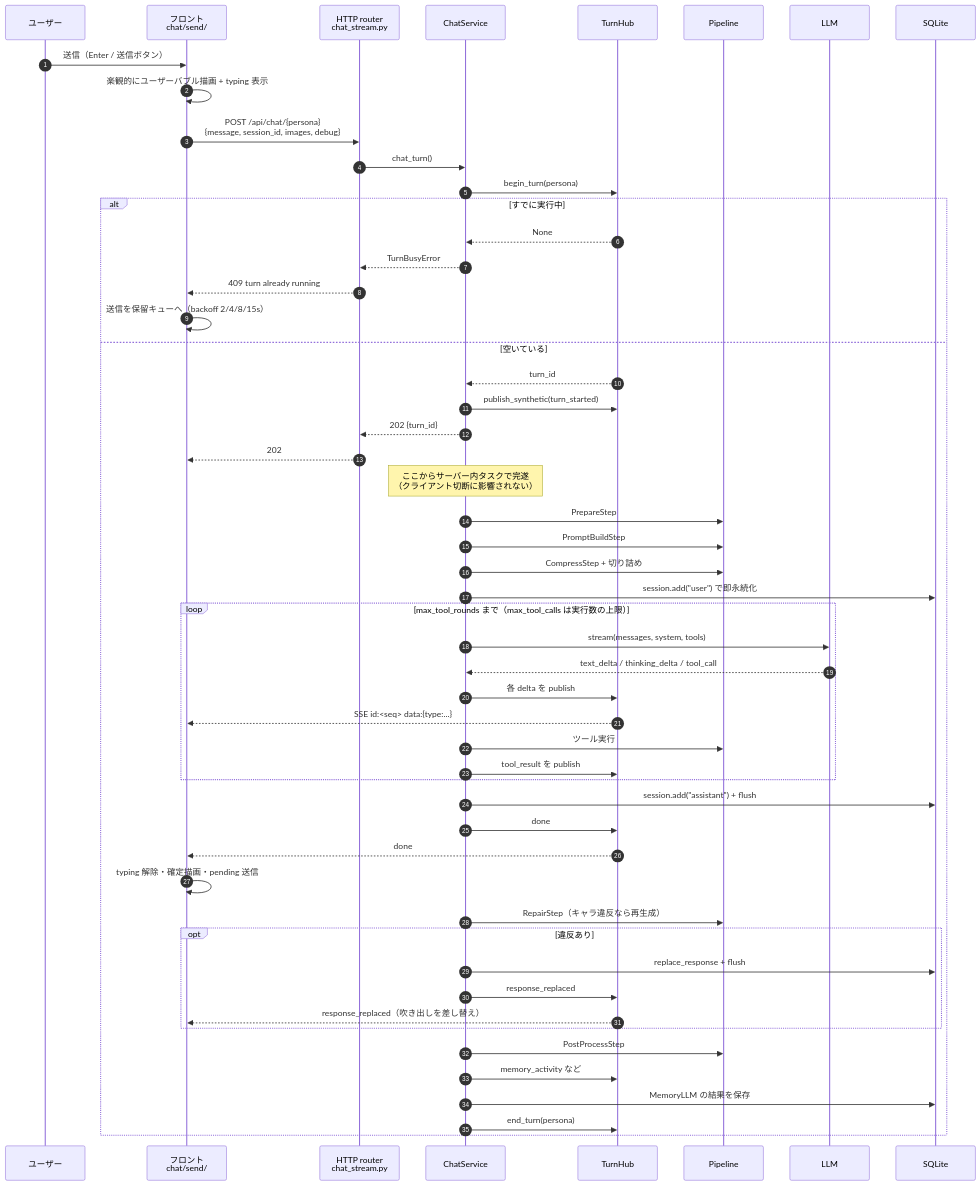
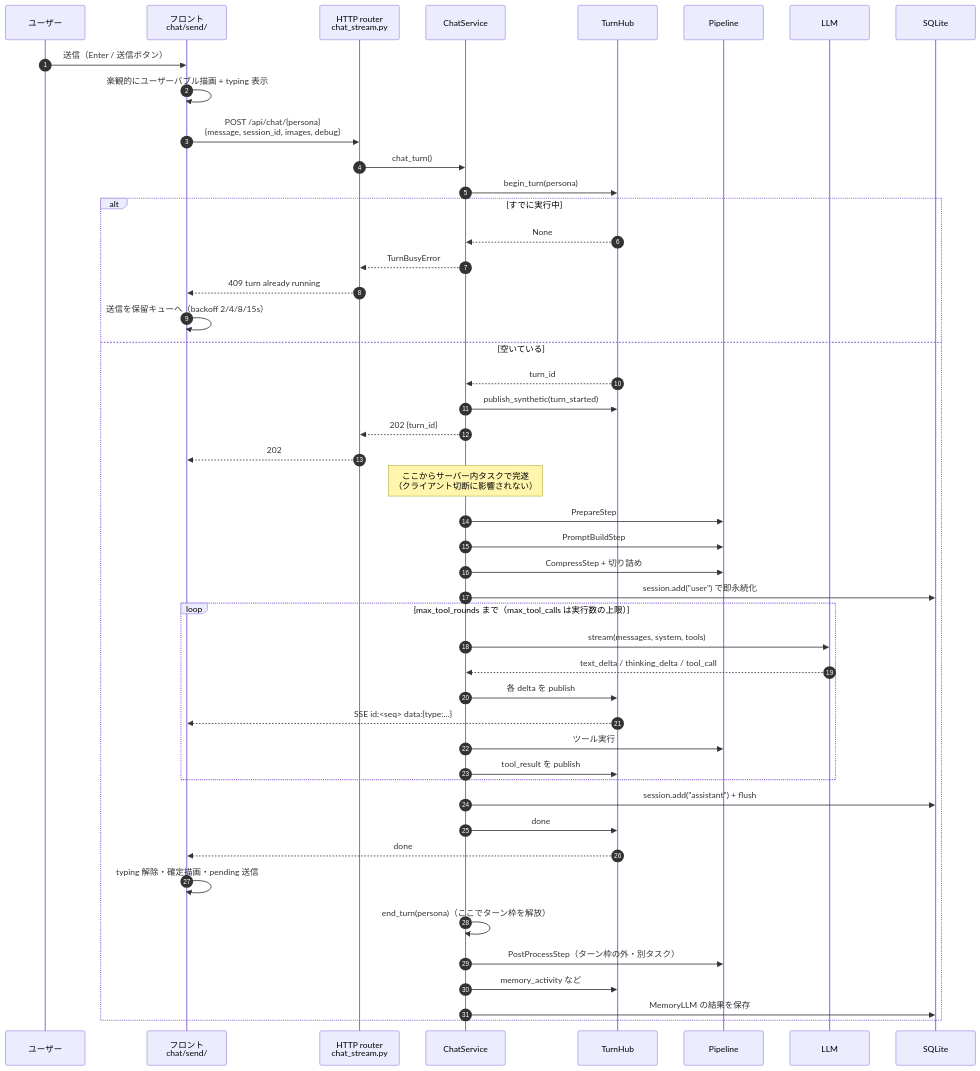
One commit to solidlime/Nous changed the diagram in docs/chat-flow.md. Above: the diagram before and after it, drawn with Mermaid. The commit also changed other lines of this file and 1 other file, not shown here.

First line of the commit message:
docs(chat): 判定器廃止と done 後の後処理切り離しを chat-flow / architecture に反映

````diff
--- a/docs/chat-flow.md
+++ b/docs/chat-flow.md
@@ -30,56 +30,50 @@
 ```mermaid
 sequenceDiagram
     autonumber
     participant U as ユーザー
     participant F as フロント<br/>chat/send/
     participant R as HTTP router<br/>chat_stream.py
     participant S as ChatService
     participant H as TurnHub
     participant P as Pipeline
     participant L as LLM
     participant D as SQLite
 
     U->>F: 送信（Enter / 送信ボタン）
     F->>F: 楽観的にユーザーバブル描画 + typing 表示
     F->>R: POST /api/chat/{persona}<br/>{message, session_id, images, debug}
     R->>S: chat_turn()
     S->>H: begin_turn(persona)
     alt すでに実行中
         H-->>S: None
         S-->>R: TurnBusyError
         R-->>F: 409 turn already running
         F->>F: 送信を保留キューへ（backoff 2/4/8/15s）
     else 空いている
         H-->>S: turn_id
         S->>H: publish_synthetic(turn_started)
         S-->>R: 202 {turn_id}
         R-->>F: 202
         Note over S: ここからサーバー内タスクで完遂<br/>（クライアント切断に影響されない）
         S->>P: PrepareStep
         S->>P: PromptBuildStep
         S->>P: CompressStep + 切り詰め
         S->>D: session.add("user") で即永続化
         loop max_tool_rounds まで（max_tool_calls は実行数の上限）
             S->>L: stream(messages, system, tools)
             L-->>S: text_delta / thinking_delta / tool_call
             S->>H: 各 delta を publish
             H-->>F: SSE id:<seq> data:{type:...}
             S->>P: ツール実行
             S->>H: tool_result を publish
         end
         S->>D: session.add("assistant") + flush
         S->>H: done
         H-->>F: done
         F->>F: typing 解除・確定描画・pending 送信
-        S->>P: RepairStep（キャラ違反なら再生成）
-        opt 違反あり
-            S->>D: replace_response + flush
-            S->>H: response_replaced
-            H-->>F: response_replaced（吹き出しを差し替え）
-        end
-        S->>P: PostProcessStep
+        S->>S: end_turn(persona)（ここでターン枠を解放）
+        S->>P: PostProcessStep（ターン枠の外・別タスク）
         S->>H: memory_activity など
         S->>D: MemoryLLM の結果を保存
-        S->>H: end_turn(persona)
     end
 ```
````
